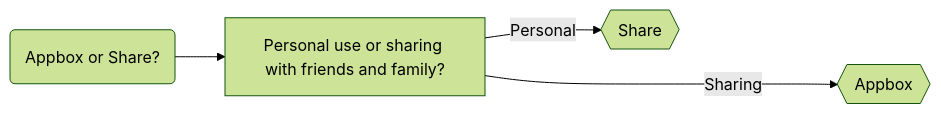
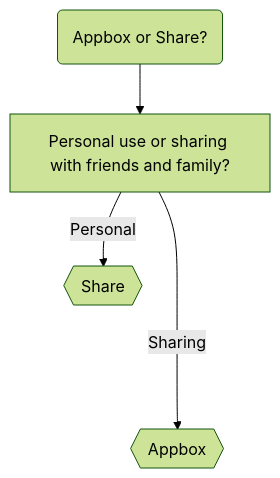
Before and after one commit to neomedia6989/docs-2: the diagram in docs/index.md, drawn with Mermaid (forest theme).

````diff
--- a/docs/index.md
+++ b/docs/index.md
@@ -16,6 +16,6 @@
 ``` mermaid
-graph LR
+graph TD
   A(Appbox or Share?) --> B[Personal use or sharing with friends and family?];
   B -->|Personal| C{{Share}};
   B ---->|Sharing| E{{Appbox}};
 ```
````
